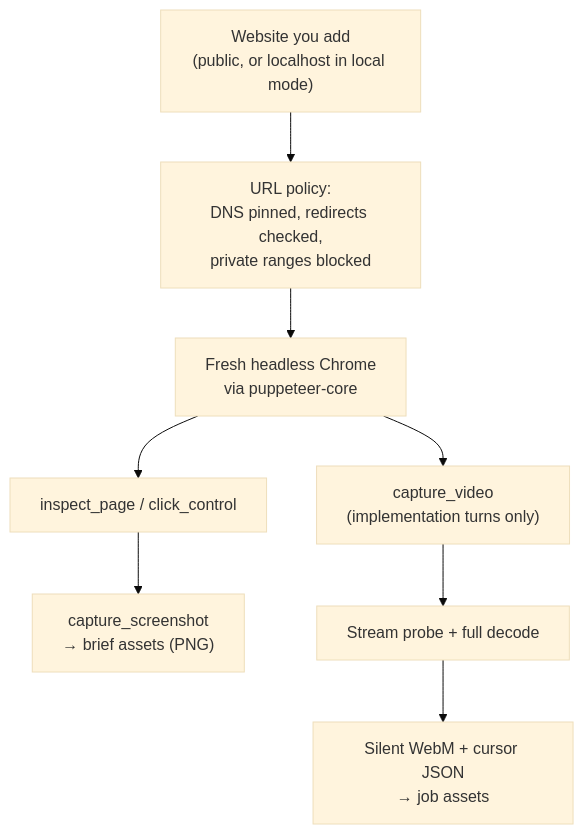
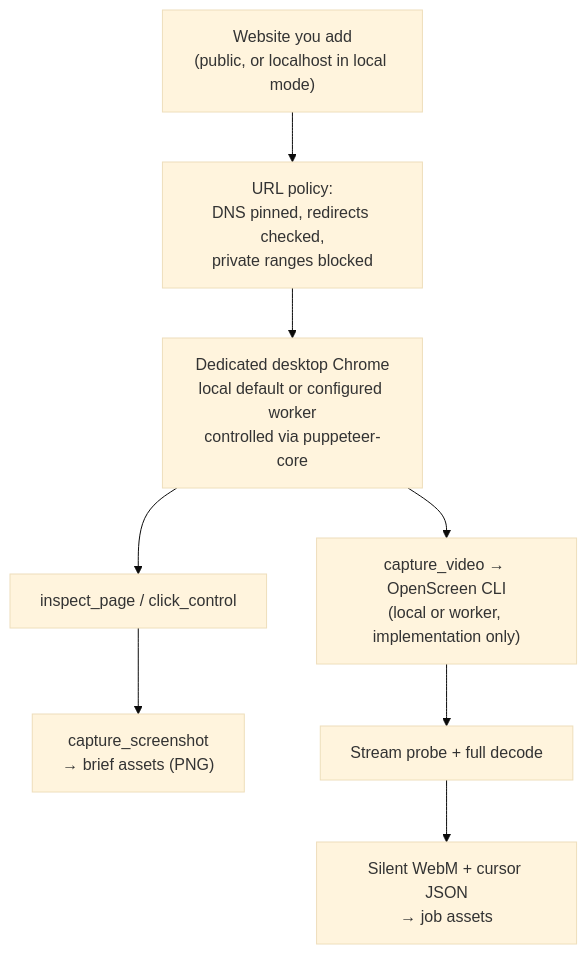
The third of 4 diagrams in docs/architecture.md (delexw/kiteva), drawn with Mermaid (base theme) before and after one commit. The commit also changed other lines of this file and 137 other files, not shown here.

````diff
--- a/docs/architecture.md
+++ b/docs/architecture.md
@@ -188,10 +190,10 @@
 ```mermaid
 flowchart TB
   URL["Website you add<br/>(public, or localhost in local mode)"] --> Check["URL policy:<br/>DNS pinned, redirects checked,<br/>private ranges blocked"]
-  Check --> Session["Fresh headless Chrome<br/>via puppeteer-core"]
+  Check --> Session["Dedicated desktop Chrome<br/>local default or configured worker<br/>controlled via puppeteer-core"]
   Session --> Inspect["inspect_page / click_control"]
   Inspect --> Shot["capture_screenshot<br/>→ brief assets (PNG)"]
-  Session --> Rec["capture_video<br/>(implementation turns only)"]
+  Session --> Rec["capture_video → OpenScreen CLI<br/>(local or worker, implementation only)"]
   Rec --> Probe["Stream probe + full decode"]
   Probe --> Footage["Silent WebM + cursor JSON<br/>→ job assets"]
 ```
````
